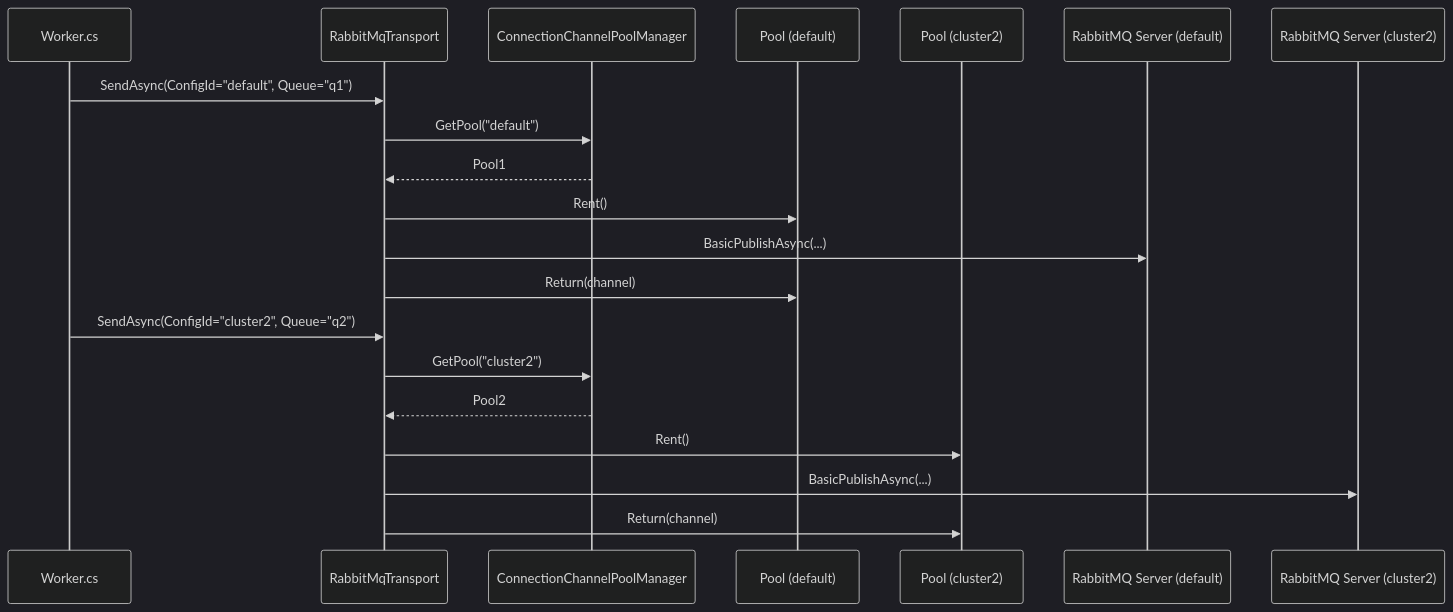
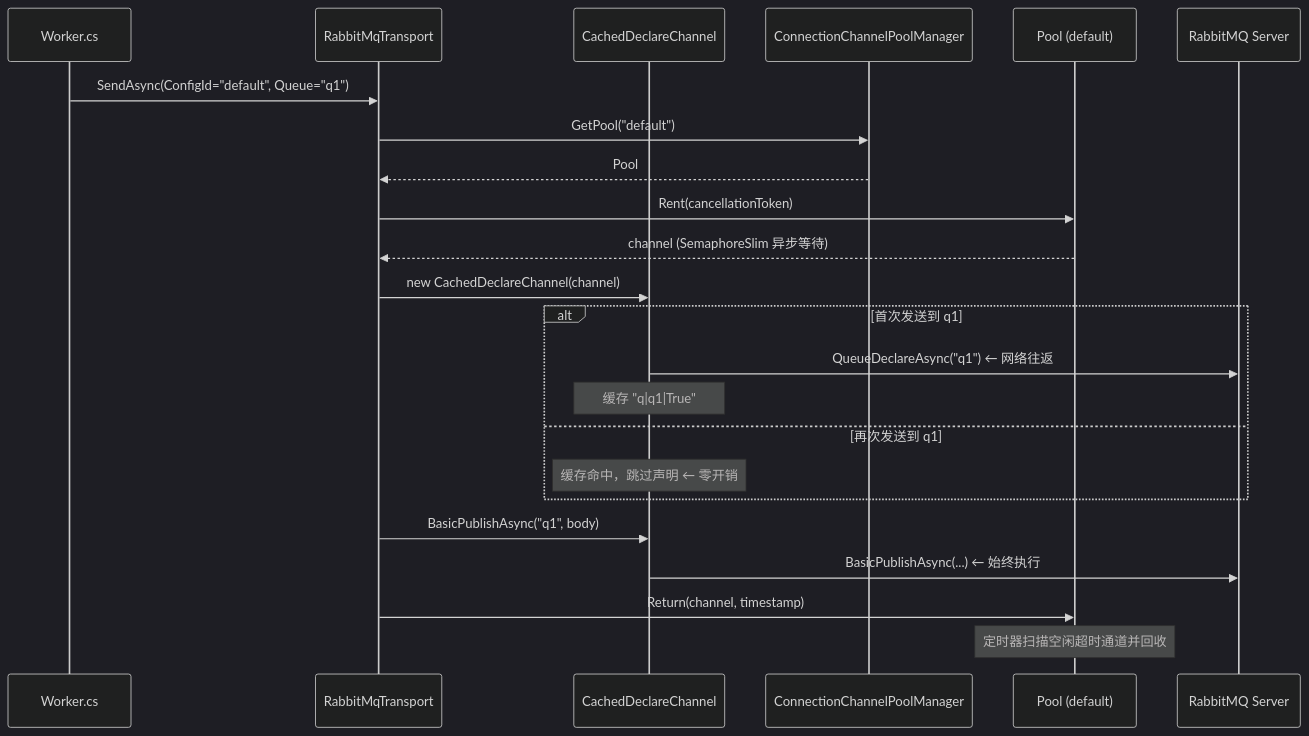
One commit to yearhe9900/H.ToolBox.RabbitMQ changed the fourth of 5 diagrams in H.ToolBox.RabbitMQ/ARCHITECTURE.md. Above: the diagram before and after it, drawn with Mermaid (dark theme). The commit also changed other lines of this file and 1 other file, not shown here.

````diff
--- a/H.ToolBox.RabbitMQ/ARCHITECTURE.md
+++ b/H.ToolBox.RabbitMQ/ARCHITECTURE.md
@@ -388,24 +404,26 @@
 ```mermaid
 sequenceDiagram
     participant Worker as Worker.cs
     participant Transport as RabbitMqTransport
+    participant Cached as CachedDeclareChannel
     participant PoolMgr as ConnectionChannelPoolManager
-    participant Pool1 as Pool (default)
-    participant Pool2 as Pool (cluster2)
-    participant MQ1 as RabbitMQ Server (default)
-    participant MQ2 as RabbitMQ Server (cluster2)
+    participant Pool as Pool (default)
+    participant MQ as RabbitMQ Server
 
     Worker->>Transport: SendAsync(ConfigId="default", Queue="q1")
     Transport->>PoolMgr: GetPool("default")
-    PoolMgr-->>Transport: Pool1
-    Transport->>Pool1: Rent()
-    Transport->>MQ1: BasicPublishAsync(...)
-    Transport->>Pool1: Return(channel)
-
-    Worker->>Transport: SendAsync(ConfigId="cluster2", Queue="q2")
-    Transport->>PoolMgr: GetPool("cluster2")
-    PoolMgr-->>Transport: Pool2
-    Transport->>Pool2: Rent()
-    Transport->>MQ2: BasicPublishAsync(...)
-    Transport->>Pool2: Return(channel)
+    PoolMgr-->>Transport: Pool
+    Transport->>Pool: Rent(cancellationToken)
+    Pool-->>Transport: channel (SemaphoreSlim 异步等待)
+    Transport->>Cached: new CachedDeclareChannel(channel)
+    alt 首次发送到 q1
+        Cached->>MQ: QueueDeclareAsync("q1") ← 网络往返
+        Note over Cached: 缓存 "q|q1|True"
+    else 再次发送到 q1
+        Note over Cached: 缓存命中，跳过声明 ← 零开销
+    end
+    Transport->>Cached: BasicPublishAsync("q1", body)
+    Cached->>MQ: BasicPublishAsync(...) ← 始终执行
+    Transport->>Pool: Return(channel, timestamp)
+    Note over Pool: 定时器扫描空闲超时通道并回收
 ```
````
